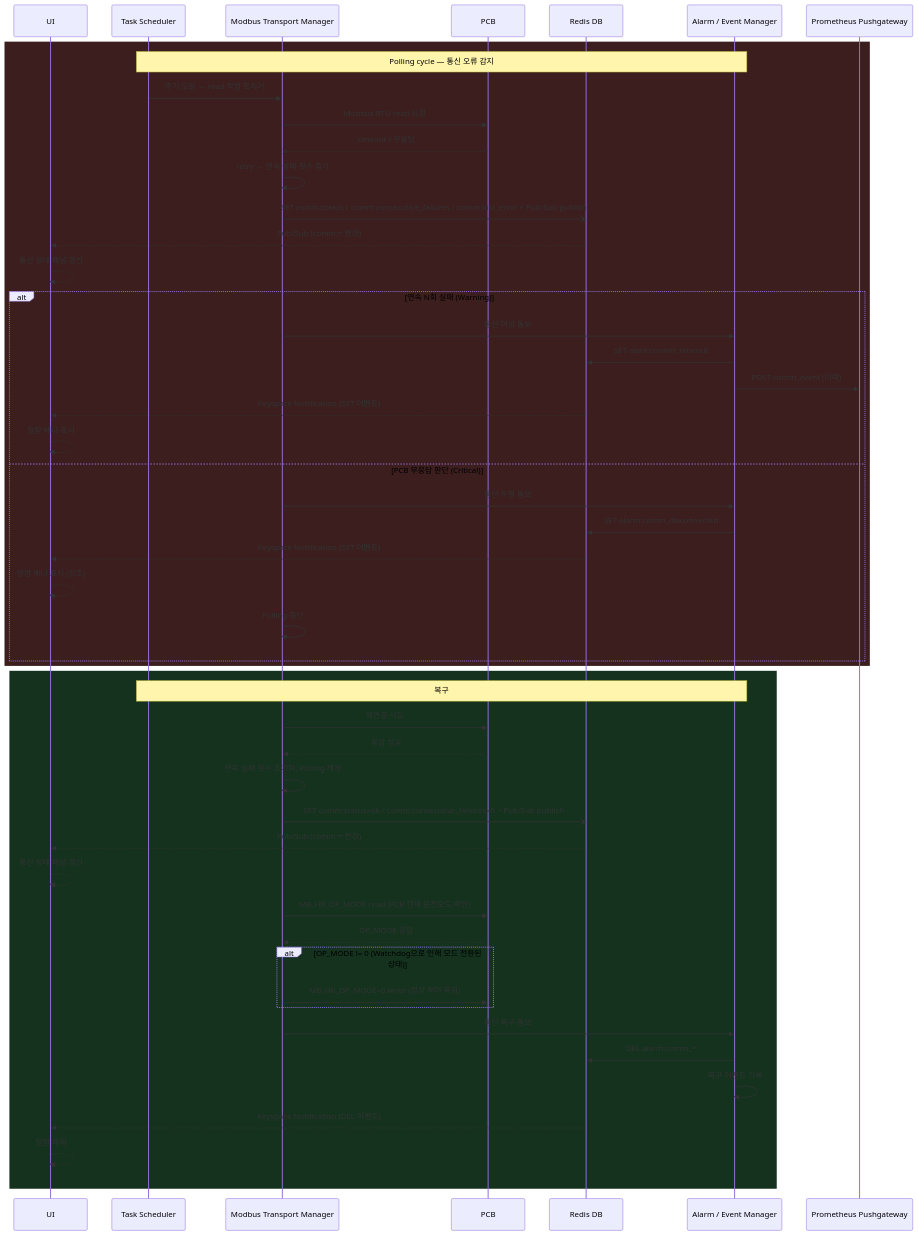
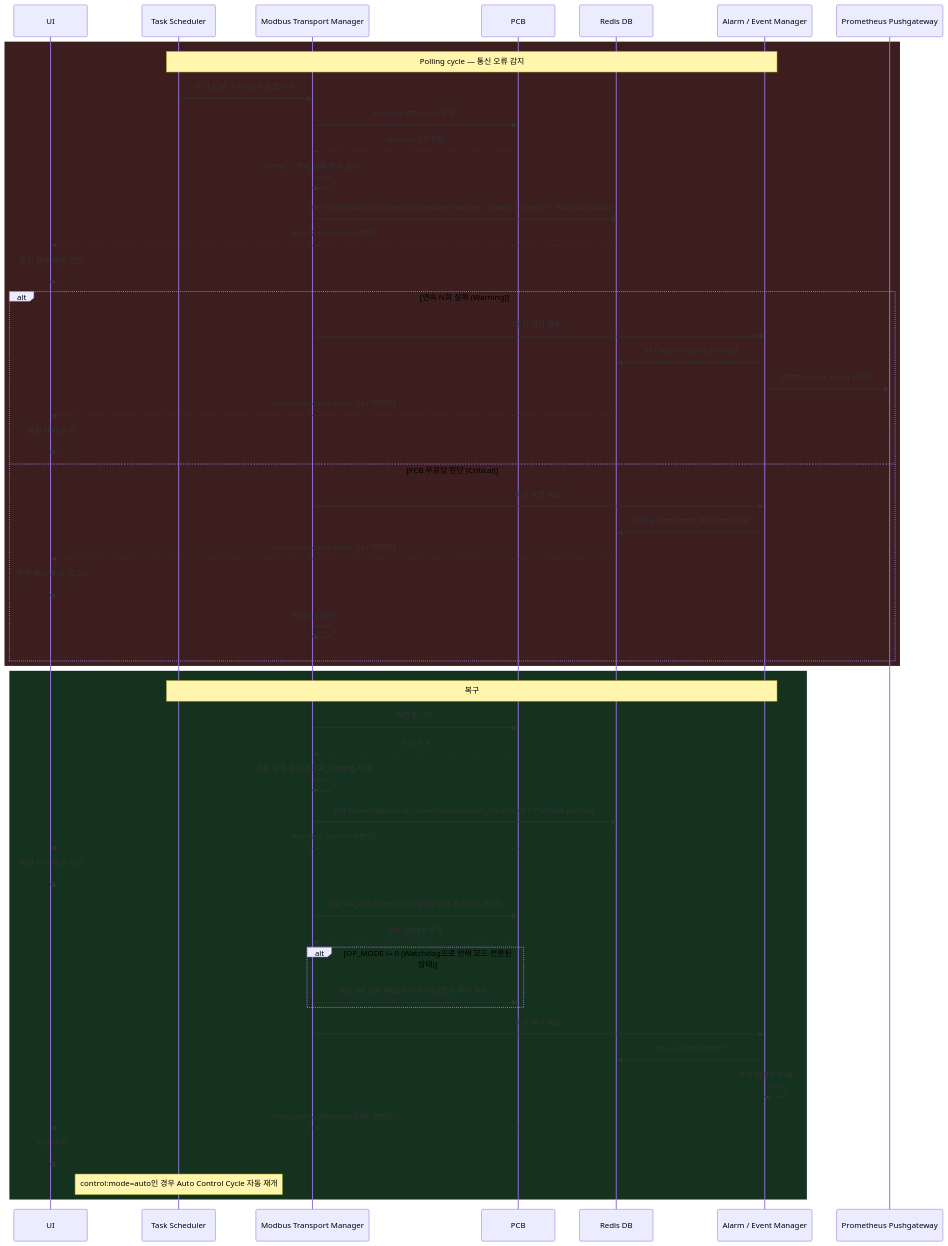
Before and after one commit to DEEPGadget/L2A_CDU_system: the fourth of 8 diagrams in docs/v2/MCG.md, drawn with Mermaid. The commit also changed other lines of this file and 4 other files, not shown here.

````diff
--- a/docs/v2/MCG.md
+++ b/docs/v2/MCG.md
@@ -333,54 +338,55 @@
 ```mermaid
 sequenceDiagram
     participant UI as UI
     participant TS as Task Scheduler
     participant MTM as Modbus Transport Manager
     participant PCB as PCB
     participant Redis as Redis DB
     participant AEM as Alarm / Event Manager
     participant PGW as Prometheus Pushgateway
 
     rect rgb(60, 30, 30)
         Note over TS,AEM: Polling cycle — 통신 오류 감지
         TS->>MTM: 주기 도달 → read 작업 트리거
         MTM->>PCB: Modbus RTU read 요청
         PCB--xMTM: timeout / 무응답
         MTM->>MTM: retry → 연속 실패 횟수 증가
         MTM-)Redis: SET comm:status / comm:consecutive_failures / comm:last_error + Pub/Sub publish
         Redis-->>UI: Pub/Sub (comm:* 변경)
         UI-->>UI: 통신 상태 패널 갱신
         alt 연속 N회 실패 (Warning)
             MTM->>AEM: 통신 이상 통보
             AEM->>Redis: SET alarm:comm_timeout
             AEM->>PGW: POST comm_event (이력)
             Redis-->>UI: Keyspace Notification (SET 이벤트)
             UI-->>UI: 알람 배너 표시
         else PCB 무응답 판단 (Critical)
             MTM->>AEM: 통신 두절 통보
             AEM->>Redis: SET alarm:comm_disconnected
             Redis-->>UI: Keyspace Notification (SET 이벤트)
             UI-->>UI: 알람 배너 표시 (강조)
             MTM->>MTM: Polling 중단
         end
     end
 
     rect rgb(20, 50, 30)
         Note over TS,AEM: 복구
         MTM->>PCB: 재연결 시도
         PCB-->>MTM: 응답 성공
         MTM->>MTM: 연속 실패 횟수 초기화, Polling 재개
         MTM-)Redis: SET comm:status=ok / comm:consecutive_failures=0 + Pub/Sub publish
         Redis-->>UI: Pub/Sub (comm:* 변경)
         UI-->>UI: 통신 상태 패널 갱신
         MTM->>PCB: MB_HR_OP_MODE read (PCB 현재 운전모드 확인)
         PCB-->>MTM: OP_MODE 응답
         alt OP_MODE != 0 (Watchdog으로 인해 모드 전환된 상태)
             MTM->>PCB: MB_HR_OP_MODE=0 write (정상 제어 복귀)
         end
         MTM->>AEM: 통신 복구 통보
         AEM->>Redis: DEL alarm:comm_*
         AEM->>AEM: 복구 이벤트 기록
         Redis-->>UI: Keyspace Notification (DEL 이벤트)
         UI-->>UI: 알람 해제
+        Note over TS: control:mode=auto인 경우 Auto Control Cycle 자동 재개
     end
 ```
````
